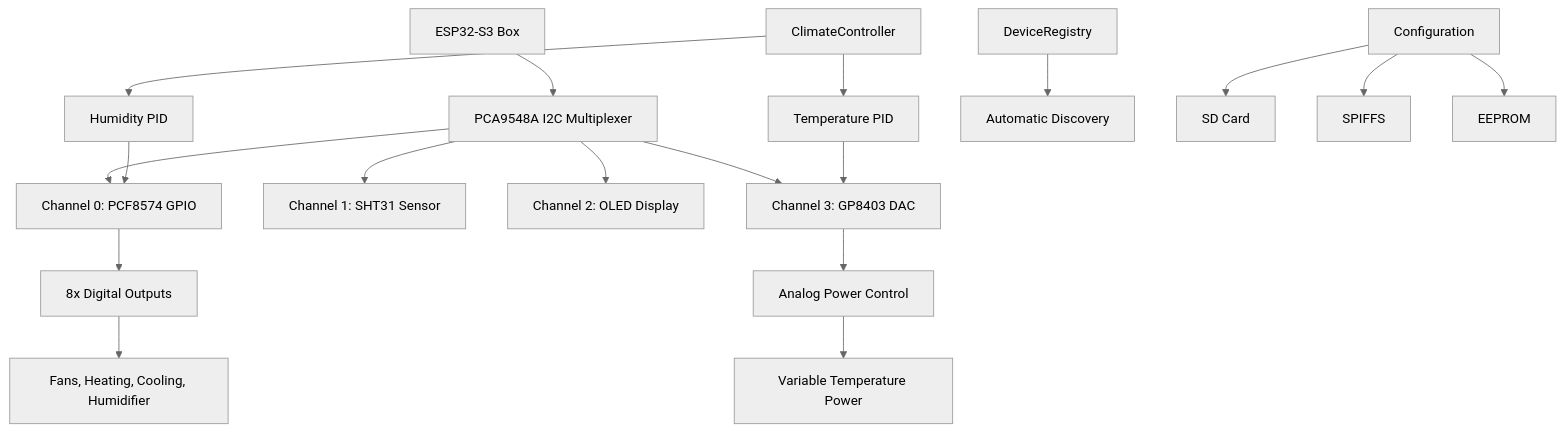
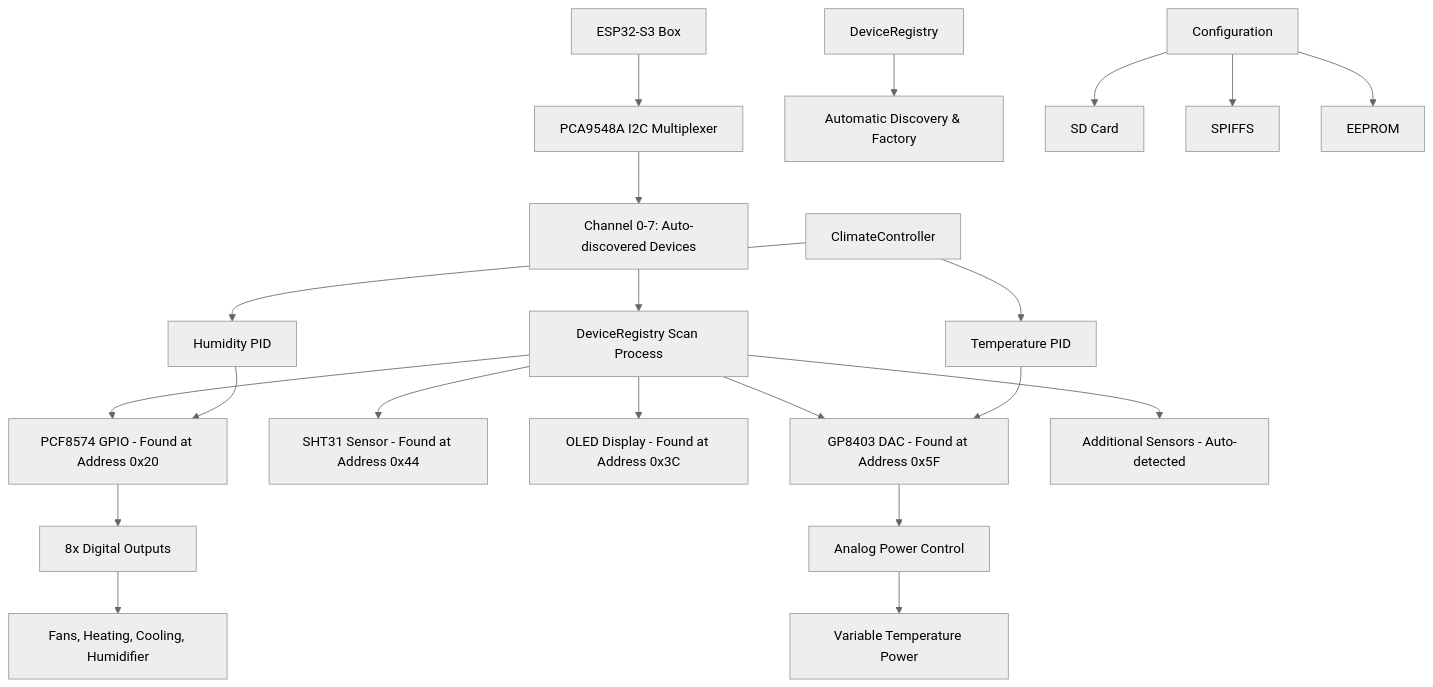
One commit to GeR0Nim0O/ShowcaseClimateController changed the diagram in README.md. Above: the diagram before and after it, drawn with Mermaid (neutral theme).

Commit message:
Auto-commit on save

````diff
--- a/README.md
+++ b/README.md
@@ -60,24 +60,28 @@
 ```mermaid
 graph TB
     A[ESP32-S3 Box] --> B[PCA9548A I2C Multiplexer]
-    B --> C[Channel 0: PCF8574 GPIO]
-    B --> D[Channel 1: SHT31 Sensor]
-    B --> E[Channel 2: OLED Display]
-    B --> F[Channel 3: GP8403 DAC]
+    B --> C[Channel 0-7: Auto-discovered Devices]
     
-    C --> G[8x Digital Outputs]
-    G --> H[Fans, Heating, Cooling, Humidifier]
+    C --> D[DeviceRegistry Scan Process]
+    D --> E[PCF8574 GPIO - Found at Address 0x20]
+    D --> F[SHT31 Sensor - Found at Address 0x44]
+    D --> G[OLED Display - Found at Address 0x3C]
+    D --> H[GP8403 DAC - Found at Address 0x5F]
+    D --> I[Additional Sensors - Auto-detected]
     
-    F --> I[Analog Power Control]
-    I --> J[Variable Temperature Power]
+    E --> J[8x Digital Outputs]
+    J --> K[Fans, Heating, Cooling, Humidifier]
     
-    K[ClimateController] --> L[Temperature PID]
-    K --> M[Humidity PID]
-    L --> F
-    M --> C
+    H --> L[Analog Power Control]
+    L --> M[Variable Temperature Power]
     
-    N[DeviceRegistry] --> O[Automatic Discovery]
-    P[Configuration] --> Q[SD Card]
-    P --> R[SPIFFS]
-    P --> S[EEPROM]
+    N[ClimateController] --> O[Temperature PID]
+    N --> P[Humidity PID]
+    O --> H
+    P --> E
+    
+    Q[DeviceRegistry] --> R[Automatic Discovery & Factory]
+    S[Configuration] --> T[SD Card]
+    S --> U[SPIFFS]
+    S --> V[EEPROM]
 ```
````
